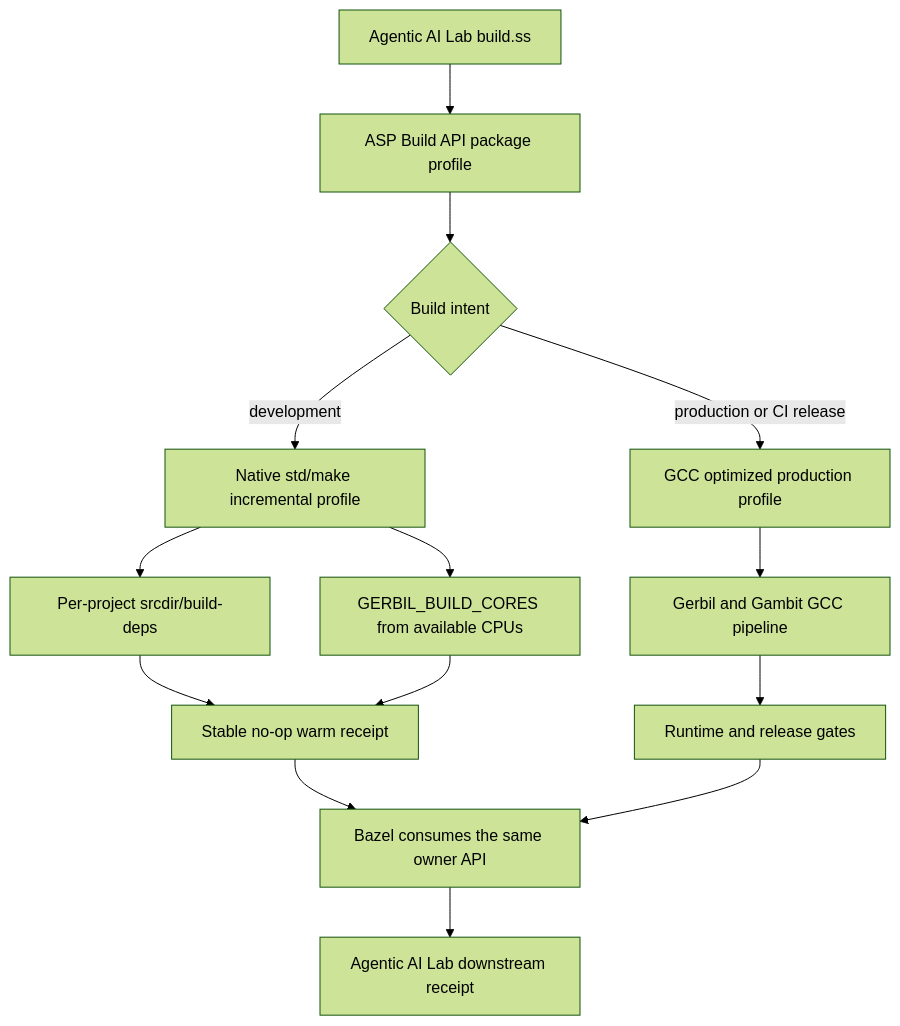
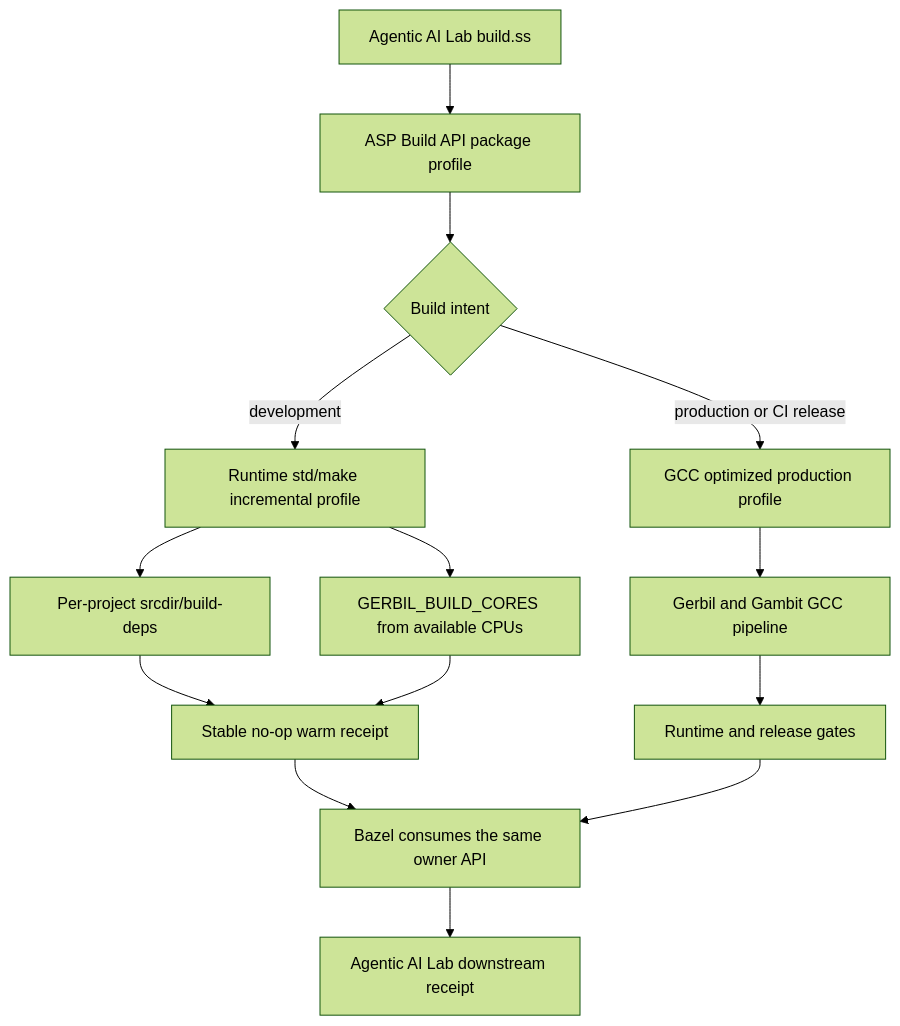
One commit to tao3k/gebril-yuanxu changed diagram 18 of 20 in module-system/design/156-gerbil-bazel-pr29-downstream-performance-receipt.org. Above: the diagram before and after it, drawn with Mermaid (forest theme). The commit also changed other lines of this file and 1469 other files, not shown here.

```diff
--- a/module-system/design/156-gerbil-bazel-pr29-downstream-performance-receipt.org
+++ b/module-system/design/156-gerbil-bazel-pr29-downstream-performance-receipt.org
@@ -1364,16 +1364,16 @@
 #+begin_src mermaid
 flowchart TD
     A[Agentic AI Lab build.ss] --> B[ASP Build API package profile]
     B --> C{Build intent}
-    C -->|development| D[Native std/make incremental profile]
+    C -->|development| D[Runtime std/make incremental profile]
     C -->|production or CI release| E[GCC optimized production profile]
     D --> F[Per-project srcdir/build-deps]
     D --> G[GERBIL_BUILD_CORES from available CPUs]
     E --> H[Gerbil and Gambit GCC pipeline]
     F --> I[Stable no-op warm receipt]
     G --> I
     H --> J[Runtime and release gates]
     I --> K[Bazel consumes the same owner API]
     J --> K
     K --> L[Agentic AI Lab downstream receipt]
 #+end_src
```
